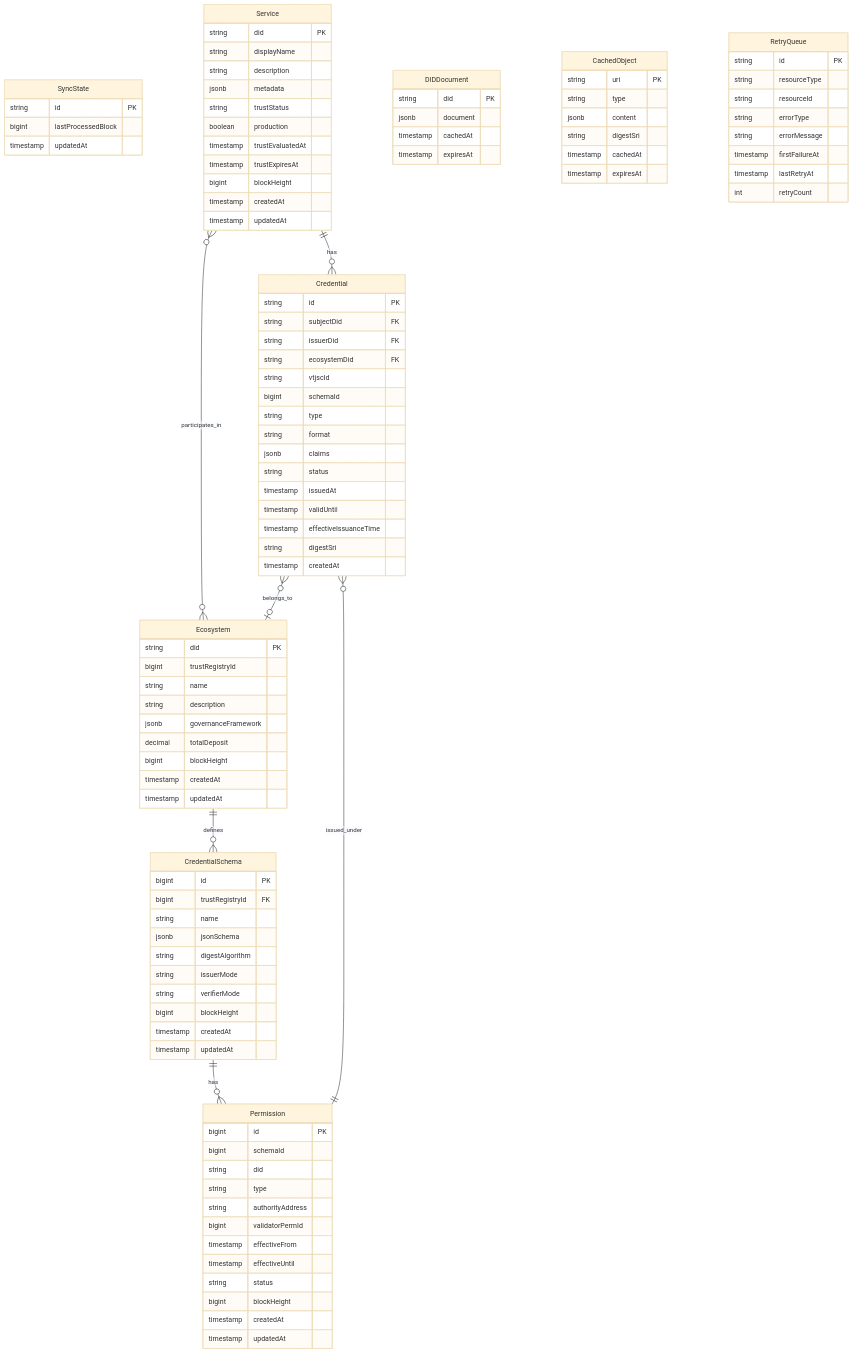
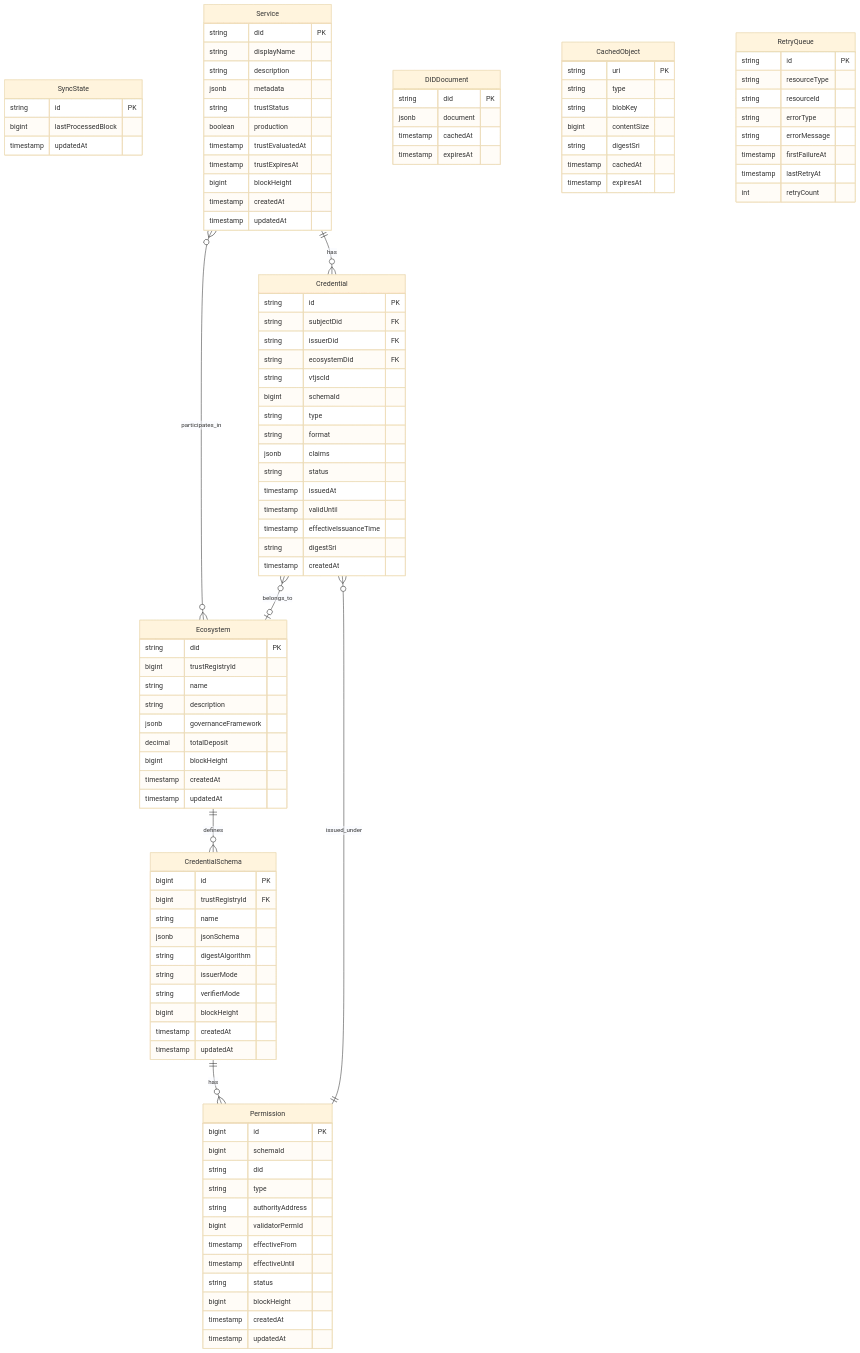
One commit to verana-labs/verana-resolver changed the fifth of 6 diagrams in implementation-plan.md. Above: the diagram before and after it, drawn with Mermaid (base theme). The commit also changed other lines of this file, not shown here.

```diff
--- a/implementation-plan.md
+++ b/implementation-plan.md
@@ -516,7 +538,8 @@
     CachedObject {
         string uri PK
         string type
-        jsonb content
+        string blobKey
+        bigint contentSize
         string digestSri
         timestamp cachedAt
         timestamp expiresAt
```
